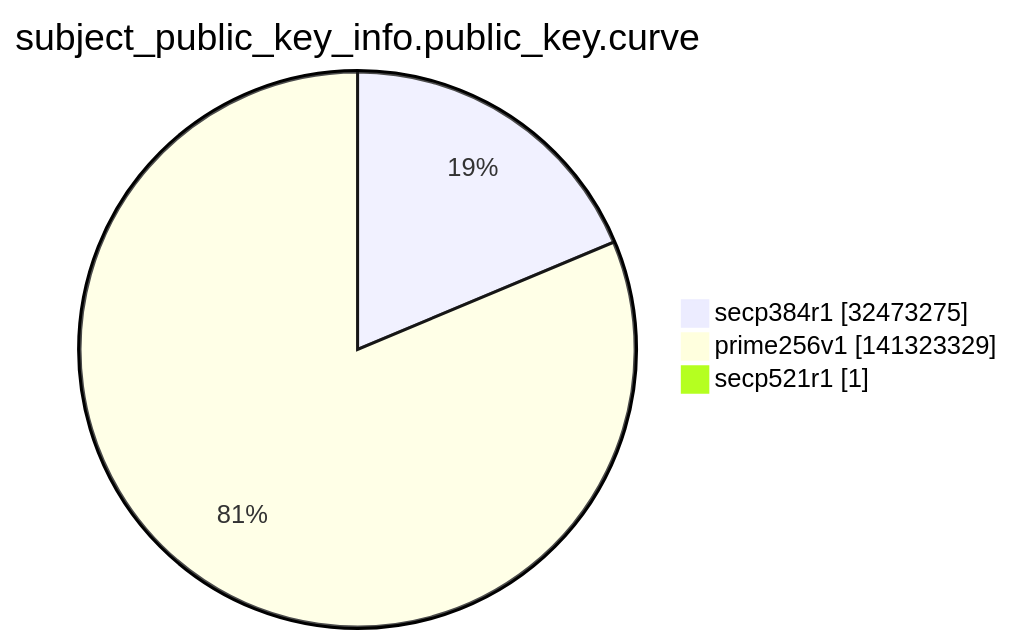
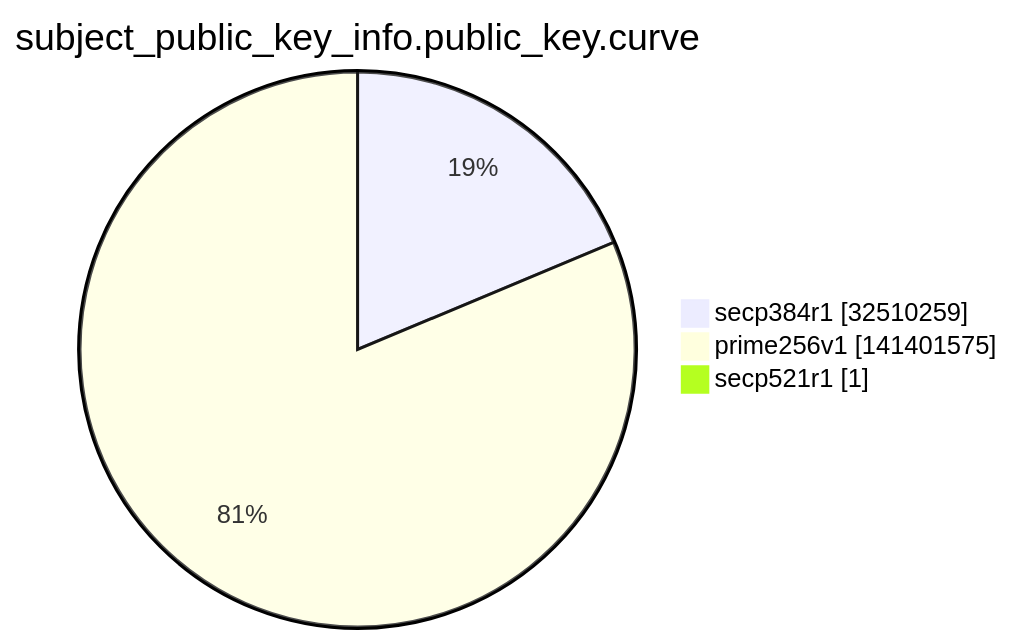
The ninth of 15 diagrams in argon2022/README.md (christiankrug/ctmonitor_visualization), drawn with Mermaid before and after one commit. The commit also changed other lines of this file, not shown here.

````diff
--- a/argon2022/README.md
+++ b/argon2022/README.md
@@ -2763,7 +2763,7 @@
 ```mermaid
 pie showData
 title subject_public_key_info.public_key.curve
-"secp384r1" :32473275
-"prime256v1" :141323329
+"secp384r1" :32510259
+"prime256v1" :141401575
 "secp521r1" :1
 ```
````
